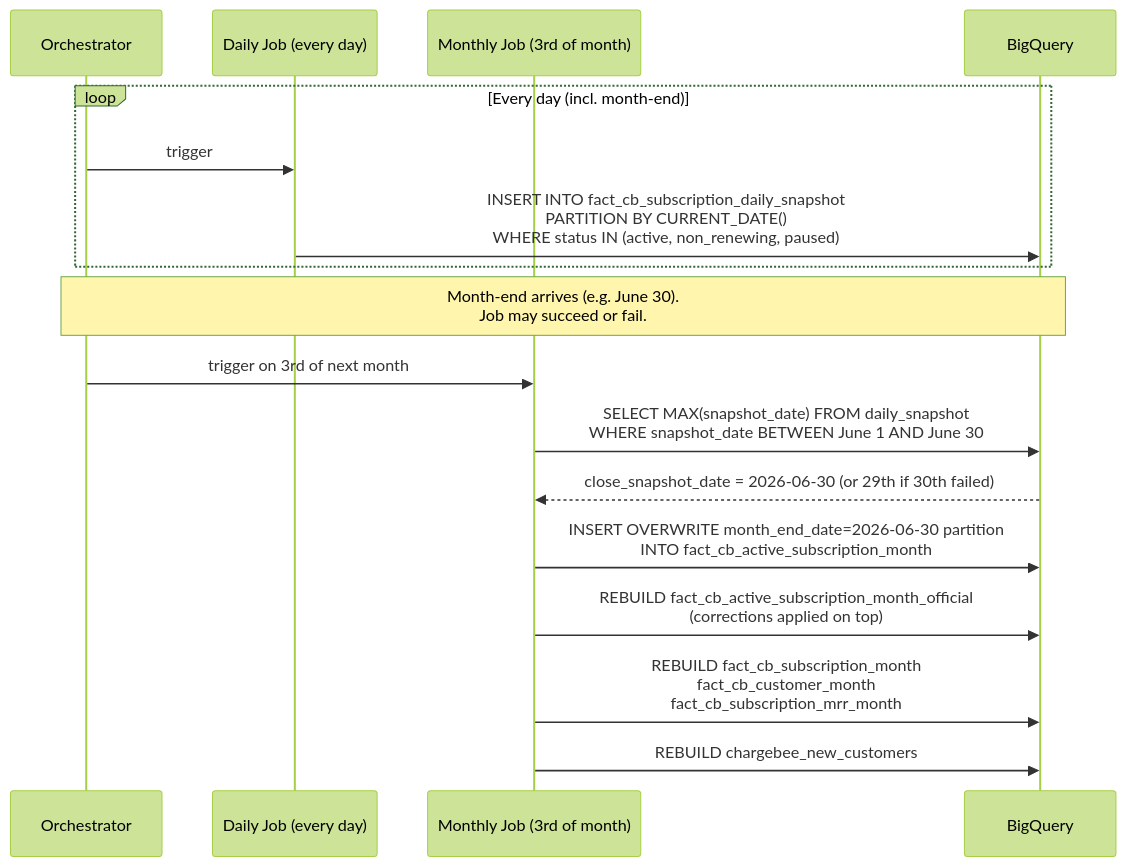
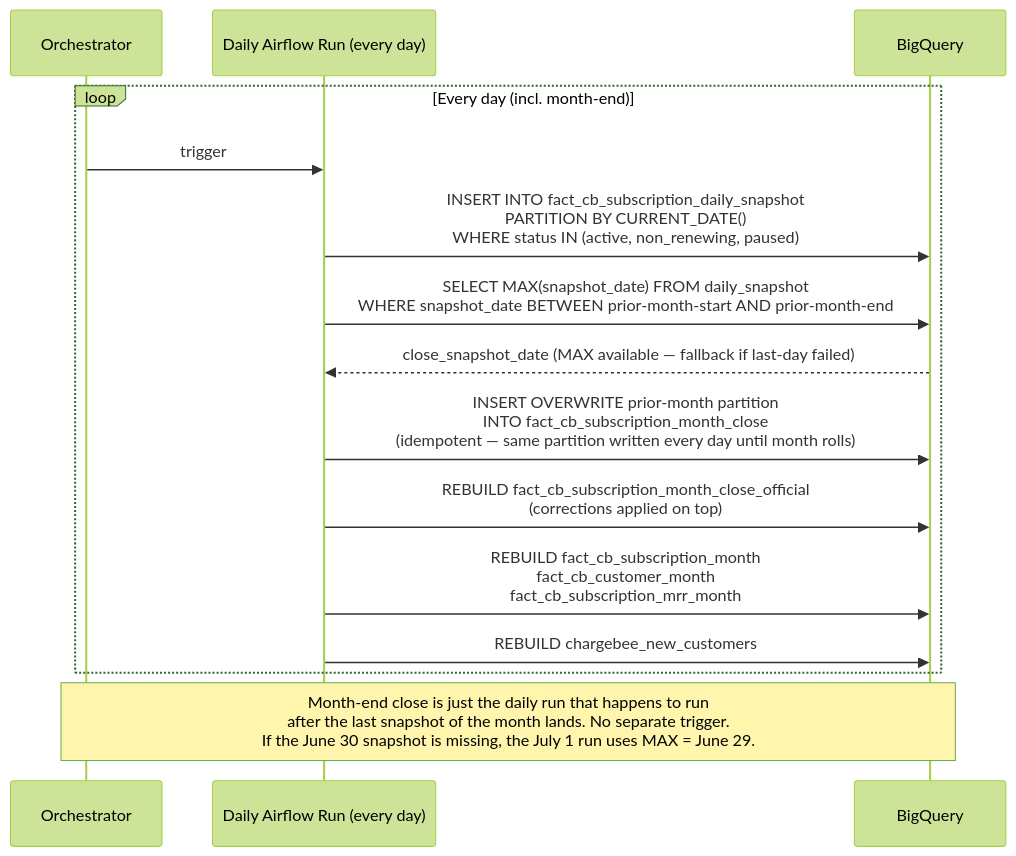
Before and after one commit to rolliyer/test-github-actions: the second of 3 diagrams in EDP-147-chargebee-architecture.md, drawn with Mermaid (forest theme). The commit also changed other lines of this file, not shown here.

````diff
--- a/EDP-147-chargebee-architecture.md
+++ b/EDP-147-chargebee-architecture.md
@@ -289,22 +292,19 @@
 ```mermaid
 sequenceDiagram
     participant Orchestrator
-    participant DailyJob as Daily Job (every day)
-    participant MonthlyJob as Monthly Job (3rd of month)
+    participant DailyJob as Daily Airflow Run (every day)
     participant BQ as BigQuery
 
     loop Every day (incl. month-end)
         Orchestrator ->> DailyJob: trigger
         DailyJob ->> BQ: INSERT INTO fact_cb_subscription_daily_snapshot<br/>PARTITION BY CURRENT_DATE()<br/>WHERE status IN (active, non_renewing, paused)
+        DailyJob ->> BQ: SELECT MAX(snapshot_date) FROM daily_snapshot<br/>WHERE snapshot_date BETWEEN prior-month-start AND prior-month-end
+        BQ -->> DailyJob: close_snapshot_date (MAX available — fallback if last-day failed)
+        DailyJob ->> BQ: INSERT OVERWRITE prior-month partition<br/>INTO fact_cb_subscription_month_close<br/>(idempotent — same partition written every day until month rolls)
+        DailyJob ->> BQ: REBUILD fact_cb_subscription_month_close_official<br/>(corrections applied on top)
+        DailyJob ->> BQ: REBUILD fact_cb_subscription_month<br/>fact_cb_customer_month<br/>fact_cb_subscription_mrr_month
+        DailyJob ->> BQ: REBUILD chargebee_new_customers
     end
 
-    Note over Orchestrator,BQ: Month-end arrives (e.g. June 30).<br/>Job may succeed or fail.
-
-    Orchestrator ->> MonthlyJob: trigger on 3rd of next month
-    MonthlyJob ->> BQ: SELECT MAX(snapshot_date) FROM daily_snapshot<br/>WHERE snapshot_date BETWEEN June 1 AND June 30
-    BQ -->> MonthlyJob: close_snapshot_date = 2026-06-30 (or 29th if 30th failed)
-    MonthlyJob ->> BQ: INSERT OVERWRITE month_end_date=2026-06-30 partition<br/>INTO fact_cb_active_subscription_month
-    MonthlyJob ->> BQ: REBUILD fact_cb_active_subscription_month_official<br/>(corrections applied on top)
-    MonthlyJob ->> BQ: REBUILD fact_cb_subscription_month<br/>fact_cb_customer_month<br/>fact_cb_subscription_mrr_month
-    MonthlyJob ->> BQ: REBUILD chargebee_new_customers
+    Note over Orchestrator,BQ: Month-end close is just the daily run that happens to run<br/>after the last snapshot of the month lands. No separate trigger.<br/>If the June 30 snapshot is missing, the July 1 run uses MAX = June 29.
 ```
````
